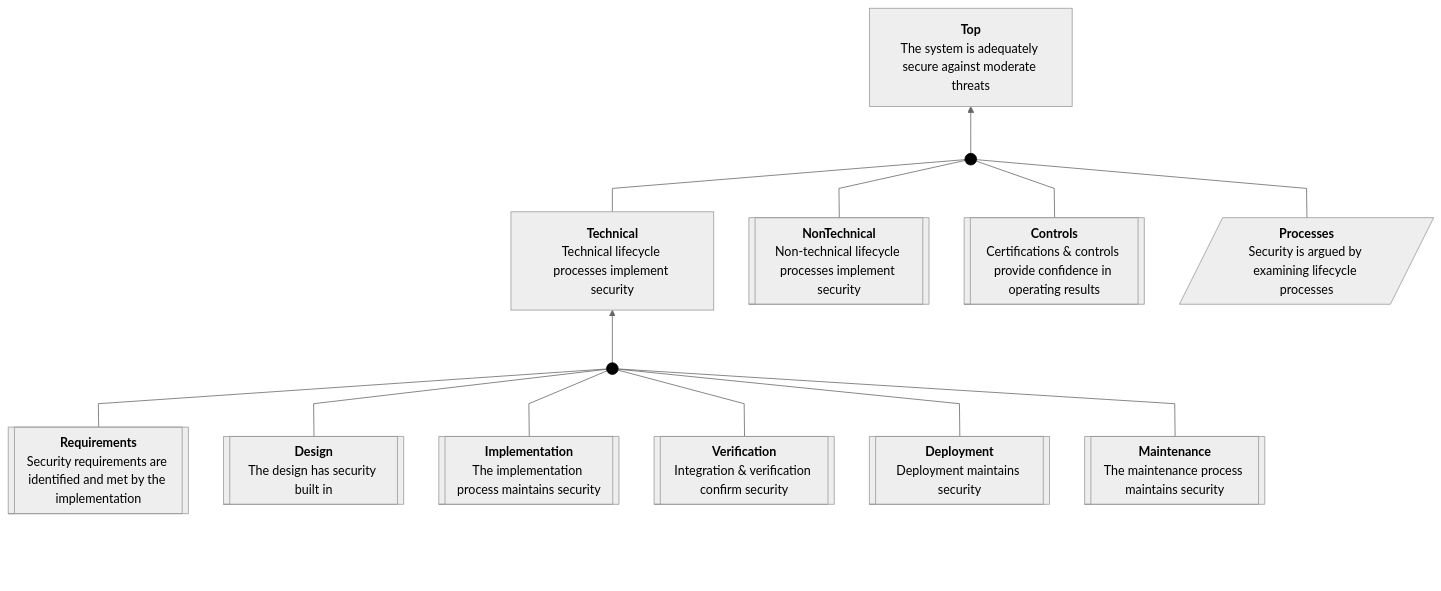
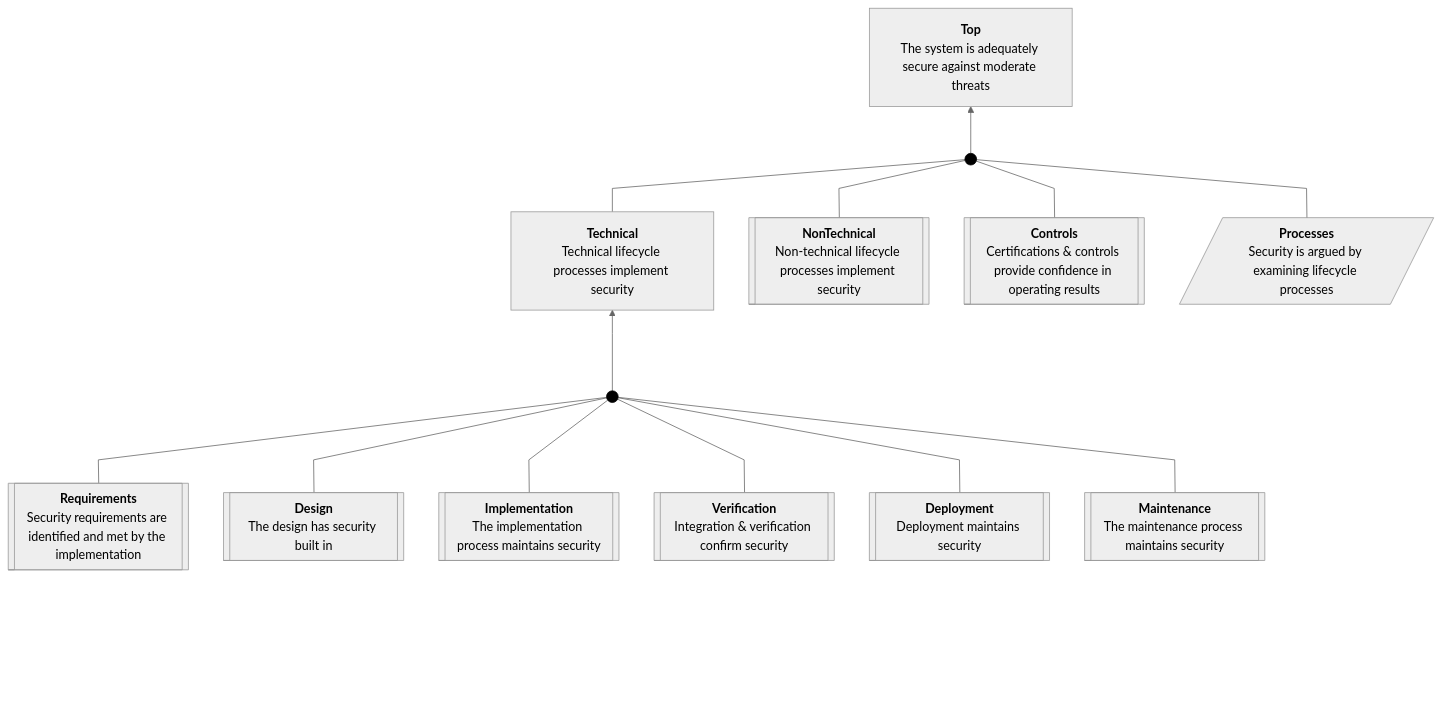
The diagram in tests/fixtures/badgeapp-top.sacm.mermaid.expected.md (david-a-wheeler/verocase), drawn with Mermaid before and after one commit. The commit also changed 8 other files, not shown here.

First line of the commit message:
Force BottomPadding to have vertical height

````diff
--- a/tests/fixtures/badgeapp-top.sacm.mermaid.expected.md
+++ b/tests/fixtures/badgeapp-top.sacm.mermaid.expected.md
@@ -1,63 +1,63 @@
 ```mermaid
 ---
 config:
   theme: neutral
   flowchart:
     curve: linear
     htmlLabels: true
     rankSpacing: 60
     nodeSpacing: 45
     padding: 15
 ---
 flowchart BT
     classDef invisible opacity:0
     classDef sacmDot fill:#000,stroke:#000
     classDef connector fill:none,stroke:#cccccc,stroke-width:1px;
     classDef abstractClaim stroke-width:2px,stroke-dasharray: 5 5;
     Top["<b>Top</b><br>The system is adequately secure against moderate threats"]
     Processes[/"<b>Processes</b><br>Security is argued by examining lifecycle processes"/]
     Technical["<b>Technical</b><br>Technical lifecycle processes implement security"]
     NonTechnical[["<b>NonTechnical</b><br>Non-technical lifecycle processes implement security"]]
     Controls[["<b>Controls</b><br>Certifications & controls provide confidence in operating results"]]
     Requirements[["<b>Requirements</b><br>Security requirements are identified and met by the implementation"]]
     Design[["<b>Design</b><br>The design has security built in"]]
     Implementation[["<b>Implementation</b><br>The implementation process maintains security"]]
     Verification[["<b>Verification</b><br>Integration & verification confirm security"]]
     Deployment[["<b>Deployment</b><br>Deployment maintains security"]]
     Maintenance[["<b>Maintenance</b><br>The maintenance process maintains security"]]
     Dot1((" ")):::sacmDot
     Dot2((" ")):::sacmDot
     click Top "https://github.com/david-a-wheeler/verocase/blob/main/tests/fixtures/badgeapp-top.sacm.mermaid.expected.md#claim-top"
     click Processes "https://github.com/david-a-wheeler/verocase/blob/main/tests/fixtures/badgeapp-top.sacm.mermaid.expected.md#strategy-processes"
     click Technical "https://github.com/david-a-wheeler/verocase/blob/main/tests/fixtures/badgeapp-top.sacm.mermaid.expected.md#claim-technical"
     click NonTechnical "https://github.com/david-a-wheeler/verocase/blob/main/tests/fixtures/badgeapp-top.sacm.mermaid.expected.md#package-nontechnical"
     click Controls "https://github.com/david-a-wheeler/verocase/blob/main/tests/fixtures/badgeapp-top.sacm.mermaid.expected.md#package-controls"
     click Requirements "https://github.com/david-a-wheeler/verocase/blob/main/tests/fixtures/badgeapp-top.sacm.mermaid.expected.md#package-requirements"
     click Design "https://github.com/david-a-wheeler/verocase/blob/main/tests/fixtures/badgeapp-top.sacm.mermaid.expected.md#package-design"
     click Implementation "https://github.com/david-a-wheeler/verocase/blob/main/tests/fixtures/badgeapp-top.sacm.mermaid.expected.md#package-implementation"
     click Verification "https://github.com/david-a-wheeler/verocase/blob/main/tests/fixtures/badgeapp-top.sacm.mermaid.expected.md#package-verification"
     click Deployment "https://github.com/david-a-wheeler/verocase/blob/main/tests/fixtures/badgeapp-top.sacm.mermaid.expected.md#package-deployment"
     click Maintenance "https://github.com/david-a-wheeler/verocase/blob/main/tests/fixtures/badgeapp-top.sacm.mermaid.expected.md#package-maintenance"
 
-    BottomPadding1[ ]:::invisible ~~~ Processes
-    BottomPadding2[ ]:::invisible ~~~ NonTechnical
-    BottomPadding3[ ]:::invisible ~~~ Controls
-    BottomPadding4[ ]:::invisible ~~~ Requirements
-    BottomPadding5[ ]:::invisible ~~~ Design
-    BottomPadding6[ ]:::invisible ~~~ Implementation
-    BottomPadding7[ ]:::invisible ~~~ Verification
-    BottomPadding8[ ]:::invisible ~~~ Deployment
-    BottomPadding9[ ]:::invisible ~~~ Maintenance
+    BottomPadding1["<br/><br/><br/>"]:::invisible ~~~ Processes
+    BottomPadding2["<br/><br/><br/>"]:::invisible ~~~ NonTechnical
+    BottomPadding3["<br/><br/><br/>"]:::invisible ~~~ Controls
+    BottomPadding4["<br/><br/><br/>"]:::invisible ~~~ Requirements
+    BottomPadding5["<br/><br/><br/>"]:::invisible ~~~ Design
+    BottomPadding6["<br/><br/><br/>"]:::invisible ~~~ Implementation
+    BottomPadding7["<br/><br/><br/>"]:::invisible ~~~ Verification
+    BottomPadding8["<br/><br/><br/>"]:::invisible ~~~ Deployment
+    BottomPadding9["<br/><br/><br/>"]:::invisible ~~~ Maintenance
     Requirements --- Dot1
     Design --- Dot1
     Implementation --- Dot1
     Verification --- Dot1
     Deployment --- Dot1
     Maintenance --- Dot1
     Dot1 --> Technical
     Technical --- Dot2
     NonTechnical --- Dot2
     Controls --- Dot2
     Processes --- Dot2
     Dot2 --> Top
 ```
````
